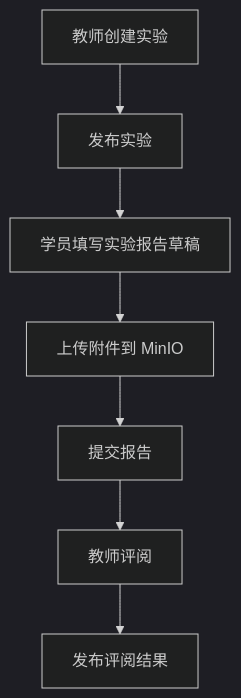
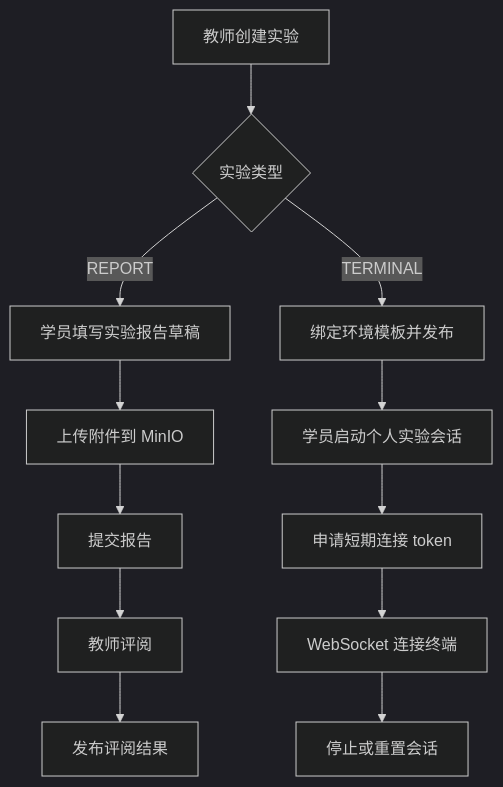
Diagram 17 of 36 in 02-process-docs/detailed-design.md (BUAA-SEProject/docs), drawn with Mermaid (dark theme) before and after one commit. The commit also changed other lines of this file and 6 other files, not shown here.

````diff
--- a/02-process-docs/detailed-design.md
+++ b/02-process-docs/detailed-design.md
@@ -414,9 +414,14 @@
 ```mermaid
 flowchart TD
-  A["教师创建实验"] --> B["发布实验"]
-  B --> C["学员填写实验报告草稿"]
+  A["教师创建实验"] --> B{"实验类型"}
+  B -- REPORT --> C["学员填写实验报告草稿"]
   C --> D["上传附件到 MinIO"]
   D --> E["提交报告"]
   E --> F["教师评阅"]
   F --> G["发布评阅结果"]
+  B -- TERMINAL --> H["绑定环境模板并发布"]
+  H --> I["学员启动个人实验会话"]
+  I --> J["申请短期连接 token"]
+  J --> K["WebSocket 连接终端"]
+  K --> L["停止或重置会话"]
 ```
````
